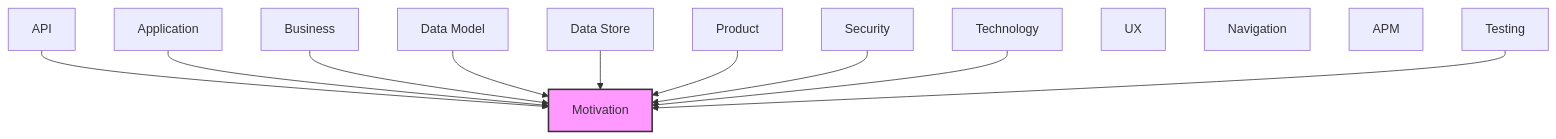
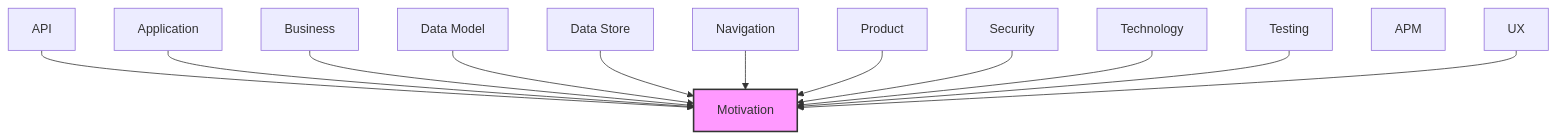
Before and after one commit to tinkermonkey/context-studio: the diagram in documentation-robotics/reports/01-motivation-layer-report.md, drawn with Mermaid. The commit also changed other lines of this file and 38 other files, not shown here.

````diff
--- a/documentation-robotics/reports/01-motivation-layer-report.md
+++ b/documentation-robotics/reports/01-motivation-layer-report.md
@@ -106,27 +117,29 @@
 ```mermaid
 flowchart TB
   classDef current fill:#f9f,stroke:#333,stroke-width:2px
   motivation["Motivation"]
   business["Business"]
   product["Product"]
   security["Security"]
   application["Application"]
   technology["Technology"]
   api["API"]
   data_model["Data Model"]
   data_store["Data Store"]
   ux["UX"]
   navigation["Navigation"]
   apm["APM"]
   testing["Testing"]
   api --> motivation
   application --> motivation
   business --> motivation
   data_model --> motivation
   data_store --> motivation
+  navigation --> motivation
   product --> motivation
   security --> motivation
   technology --> motivation
   testing --> motivation
+  ux --> motivation
   class motivation current
 ```
````
